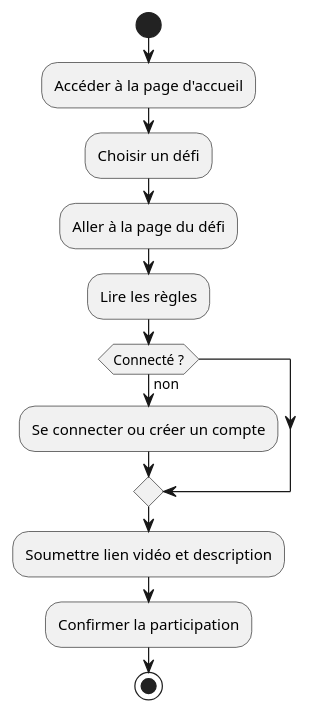
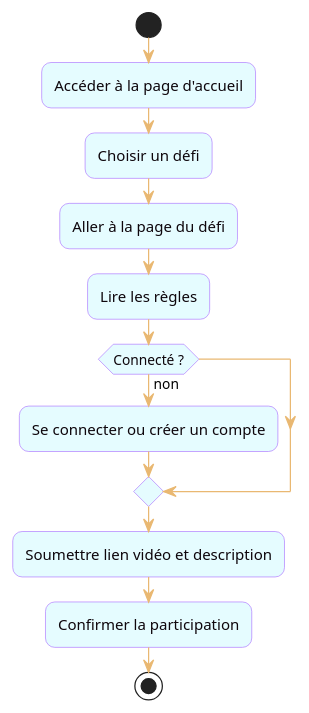
The diagram in conception/diagrams/activity.puml (cedricrgt/questarena), drawn with PlantUML before and after one commit. The commit also changed 7 other files, not shown here.

```diff
--- a/conception/diagrams/activity.puml
+++ b/conception/diagrams/activity.puml
@@ -1,17 +1,30 @@
 @startuml activity
+
+' --- Style moderne (couleurs CSS QuestsArena) ---
+skinparam shadowing false
+skinparam roundCorner 15
+skinparam defaultFontName "Raleway, sans-serif"
+
+skinparam activity {
+    BackgroundColor #e5fcff
+    BorderColor #a96fff
+    ArrowColor #e9b872
+    FontColor #0e060c
+}
+' --------------------------------------------
 start
 
 :Accéder à la page d'accueil;
 :Choisir un défi;
 :Aller à la page du défi;
 :Lire les règles;
 
 if (Connecté ?) then (non)
   :Se connecter ou créer un compte;
 endif
 
 :Soumettre lien vidéo et description;
 :Confirmer la participation;
 
 stop
 @enduml
```
